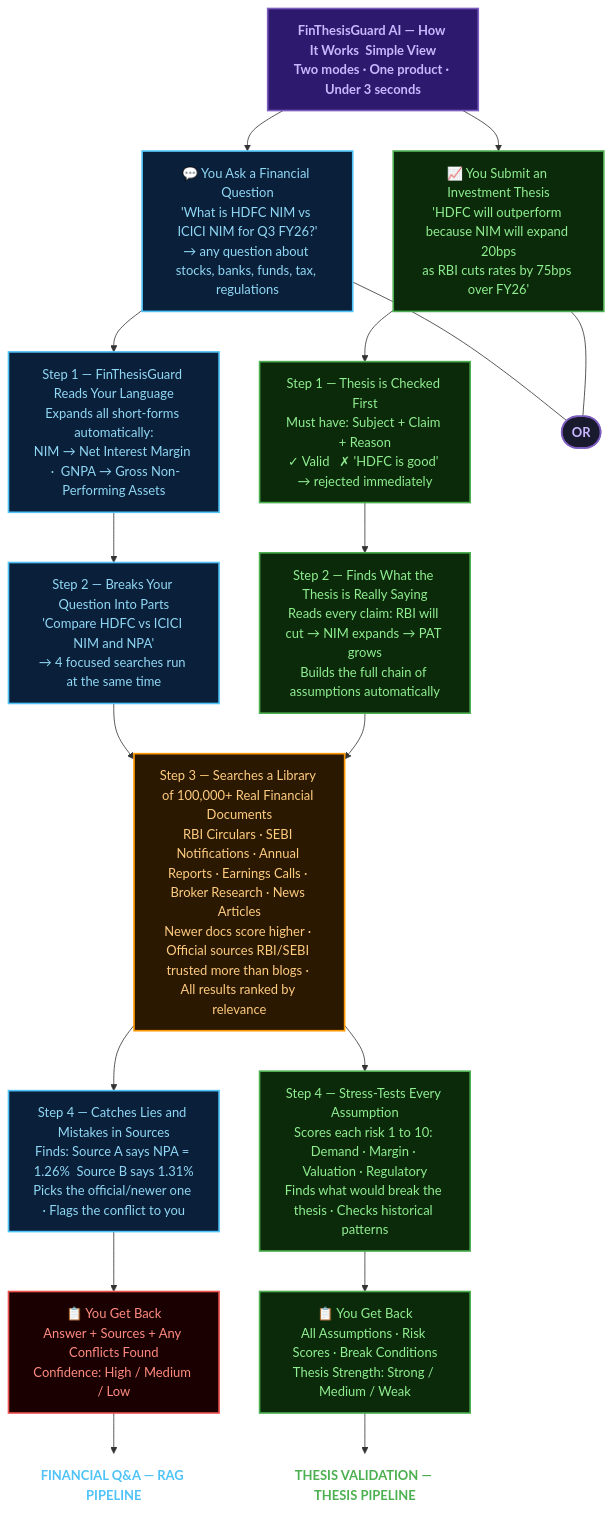
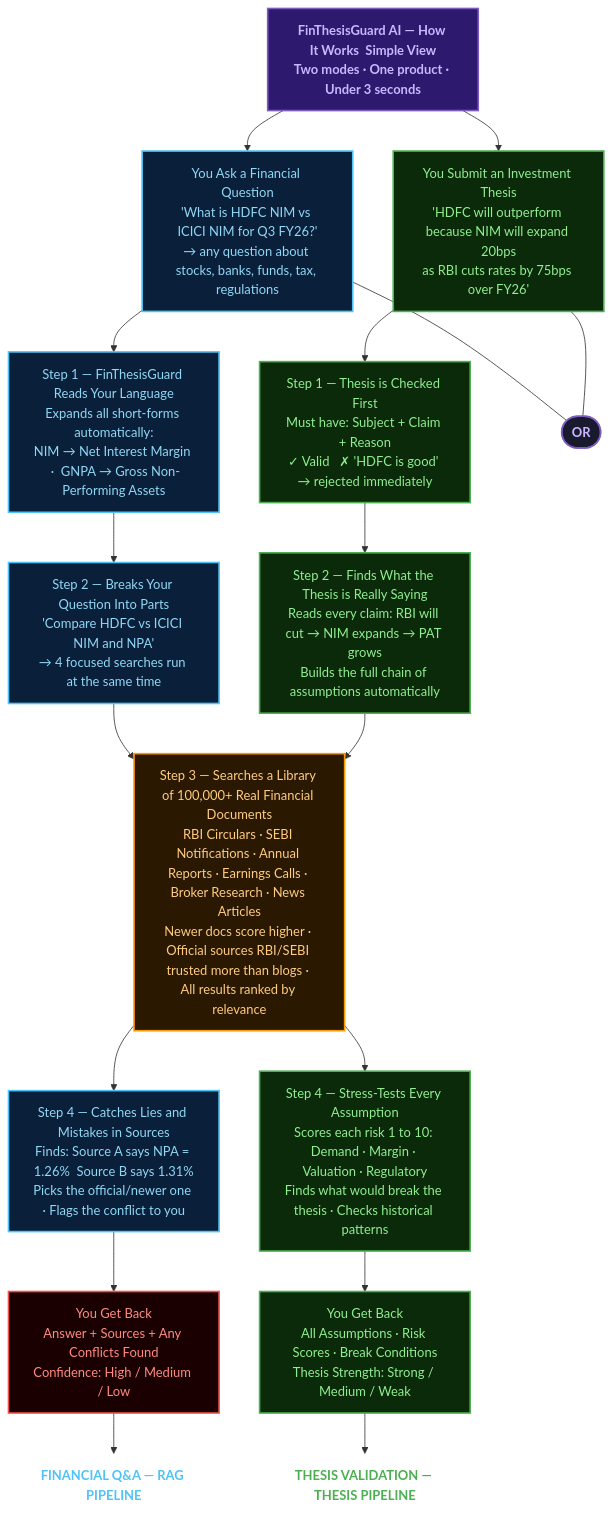
The second of 2 diagrams in README.md (Mithun-VK/FinThesisGuard_AI), drawn with Mermaid before and after one commit. The commit also changed other lines of this file, not shown here.

````diff
--- a/README.md
+++ b/README.md
@@ -112,68 +112,68 @@
 ```mermaid
 graph TB
     TITLE["FinThesisGuard AI — How It Works  Simple View\nTwo modes · One product · Under 3 seconds"]:::title
 
     %% ── LEFT COLUMN — RAG PIPELINE ───────────────────────────
-    L0["💬 You Ask a Financial Question\n'What is HDFC NIM vs ICICI NIM for Q3 FY26?'\n→ any question about stocks, banks, funds, tax, regulations"]:::left
+    L0[" You Ask a Financial Question\n'What is HDFC NIM vs ICICI NIM for Q3 FY26?'\n→ any question about stocks, banks, funds, tax, regulations"]:::left
 
     L1["Step 1 — FinThesisGuard Reads Your Language\nExpands all short-forms automatically:\nNIM → Net Interest Margin  ·  GNPA → Gross Non-Performing Assets"]:::left
 
     L2["Step 2 — Breaks Your Question Into Parts\n'Compare HDFC vs ICICI NIM and NPA'\n→ 4 focused searches run at the same time"]:::left
 
     %% ── RIGHT COLUMN — THESIS PIPELINE ──────────────────────
-    R0["📈 You Submit an Investment Thesis\n'HDFC will outperform because NIM will expand 20bps\nas RBI cuts rates by 75bps over FY26'"]:::right
+    R0[" You Submit an Investment Thesis\n'HDFC will outperform because NIM will expand 20bps\nas RBI cuts rates by 75bps over FY26'"]:::right
 
     R1["Step 1 — Thesis is Checked First\nMust have: Subject + Claim + Reason\n✓ Valid   ✗ 'HDFC is good' → rejected immediately"]:::right
 
     R2["Step 2 — Finds What the Thesis is Really Saying\nReads every claim: RBI will cut → NIM expands → PAT grows\nBuilds the full chain of assumptions automatically"]:::right
 
     %% ── SHARED STEP 3 ─────────────────────────────────────────
     SHARED["Step 3 — Searches a Library of 100,000+ Real Financial Documents\nRBI Circulars · SEBI Notifications · Annual Reports · Earnings Calls · Broker Research · News Articles\nNewer docs score higher · Official sources RBI/SEBI trusted more than blogs · All results ranked by relevance"]:::shared
 
     %% ── LEFT STEP 4 + OUTPUT ──────────────────────────────────
     L4["Step 4 — Catches Lies and Mistakes in Sources\nFinds: Source A says NPA = 1.26%  Source B says 1.31%\nPicks the official/newer one · Flags the conflict to you"]:::left
 
-    LOUT["📋 You Get Back\nAnswer + Sources + Any Conflicts Found\nConfidence: High / Medium / Low"]:::leftout
+    LOUT[" You Get Back\nAnswer + Sources + Any Conflicts Found\nConfidence: High / Medium / Low"]:::leftout
 
     LTAG["FINANCIAL Q&A — RAG PIPELINE"]:::lefttag
 
     %% ── RIGHT STEP 4 + OUTPUT ─────────────────────────────────
     R4["Step 4 — Stress-Tests Every Assumption\nScores each risk 1 to 10: Demand · Margin · Valuation · Regulatory\nFinds what would break the thesis · Checks historical patterns"]:::right
 
-    ROUT["📋 You Get Back\nAll Assumptions · Risk Scores · Break Conditions\nThesis Strength: Strong / Medium / Weak"]:::rightout
+    ROUT[" You Get Back\nAll Assumptions · Risk Scores · Break Conditions\nThesis Strength: Strong / Medium / Weak"]:::rightout
 
     RTAG["THESIS VALIDATION — THESIS PIPELINE"]:::righttag
 
     OR(["OR"]):::or
 
     %% ── EDGES — LEFT FLOW ─────────────────────────────────────
     TITLE --> L0
     TITLE --> R0
     L0 --- OR
     R0 --- OR
     L0 --> L1
     L1 --> L2
     L2 --> SHARED
     SHARED --> L4
     L4 --> LOUT
     LOUT --> LTAG
 
     %% ── EDGES — RIGHT FLOW ────────────────────────────────────
     R0 --> R1
     R1 --> R2
     R2 --> SHARED
     SHARED --> R4
     R4 --> ROUT
     ROUT --> RTAG
 
     %% ── STYLES ────────────────────────────────────────────────
     classDef title    fill:#2d1a6e,stroke:#7c5cbf,stroke-width:2px,color:#c9b8ff,font-weight:bold
     classDef left     fill:#0a1f3a,stroke:#4fc3f7,stroke-width:2px,color:#90d8f5
     classDef right    fill:#0a2a0a,stroke:#4caf50,stroke-width:2px,color:#90ee90
     classDef shared   fill:#2a1800,stroke:#ff9800,stroke-width:2px,color:#ffcc80
     classDef leftout  fill:#1a0000,stroke:#ef5350,stroke-width:2px,color:#ff8a80
     classDef rightout fill:#0a2a0a,stroke:#4caf50,stroke-width:2px,color:#90ee90
     classDef lefttag  fill:none,stroke:none,color:#4fc3f7,font-weight:bold
     classDef righttag fill:none,stroke:none,color:#4caf50,font-weight:bold
     classDef or       fill:#1a1a2e,stroke:#7c5cbf,stroke-width:2px,color:#c9b8ff,font-weight:bold
 ```
````
